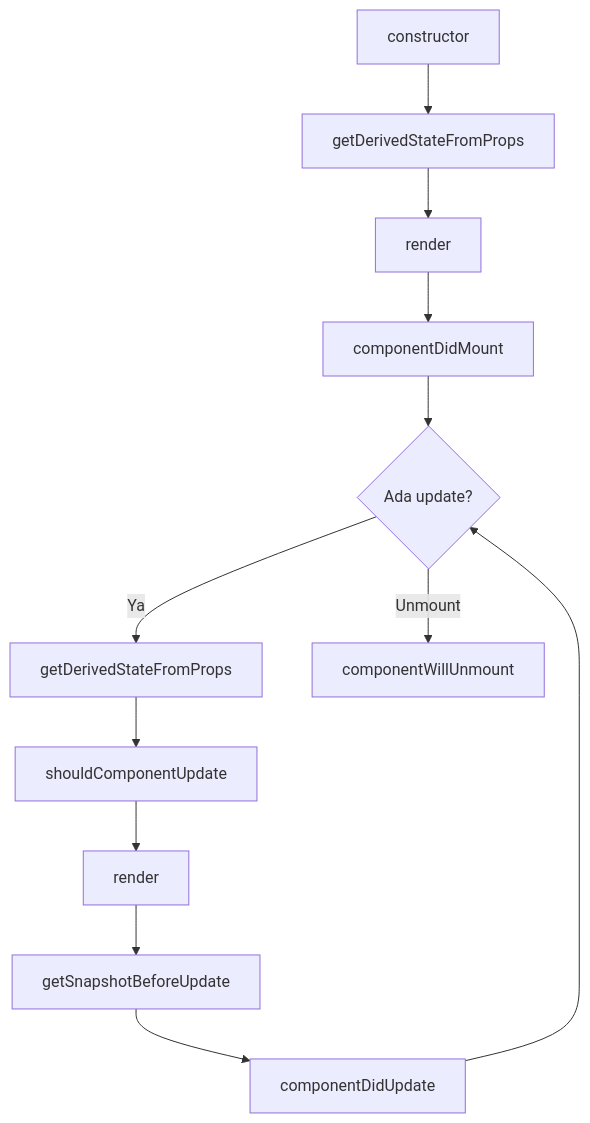
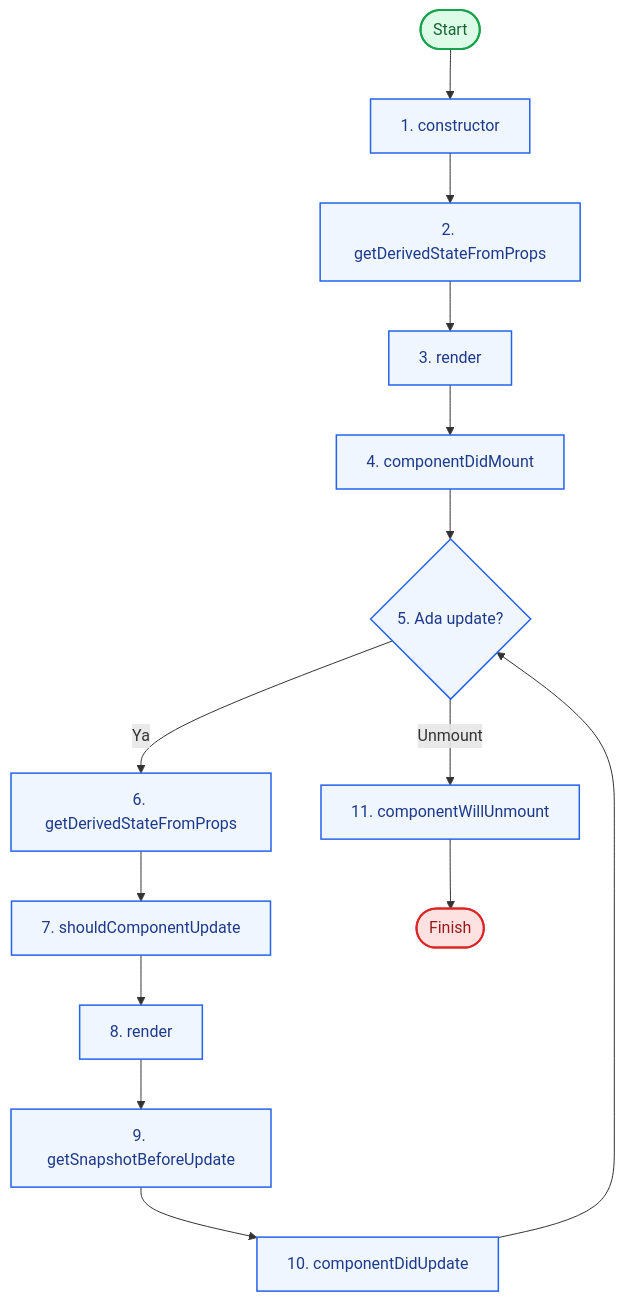
The diagram in doc/class-component-lifecycle.md (seftronics/react-basic), drawn with Mermaid before and after one commit. The commit also changed 8 other files, not shown here.

````diff
--- a/doc/class-component-lifecycle.md
+++ b/doc/class-component-lifecycle.md
@@ -14,14 +14,21 @@
 ```mermaid
 flowchart TD
-    A[constructor] --> B[getDerivedStateFromProps]
-    B --> C[render]
-    C --> D[componentDidMount]
-    D --> E{Ada update?}
-    E -- Ya --> F[getDerivedStateFromProps]
-    F --> G[shouldComponentUpdate]
-    G --> H[render]
-    H --> I[getSnapshotBeforeUpdate]
-    I --> J[componentDidUpdate]
+    S([Start]) --> A[1. constructor]
+    A --> B[2. getDerivedStateFromProps]
+    B --> C[3. render]
+    C --> D[4. componentDidMount]
+    D --> E{5. Ada update?}
+    E -- Ya --> F[6. getDerivedStateFromProps]
+    F --> G[7. shouldComponentUpdate]
+    G --> H[8. render]
+    H --> I[9. getSnapshotBeforeUpdate]
+    I --> J[10. componentDidUpdate]
     J --> E
-    E -- Unmount --> K[componentWillUnmount]
+    E -- Unmount --> K[11. componentWillUnmount]
+    K --> Z([Finish])
+    classDef default fill:#eff6ff,stroke:#2563eb,stroke-width:1.5px,color:#1e3a8a;
+    classDef start fill:#dcfce7,stroke:#16a34a,stroke-width:2px,color:#166534;
+    classDef finish fill:#fee2e2,stroke:#dc2626,stroke-width:2px,color:#991b1b;
+    class S start;
+    class Z finish;
 ```
````
